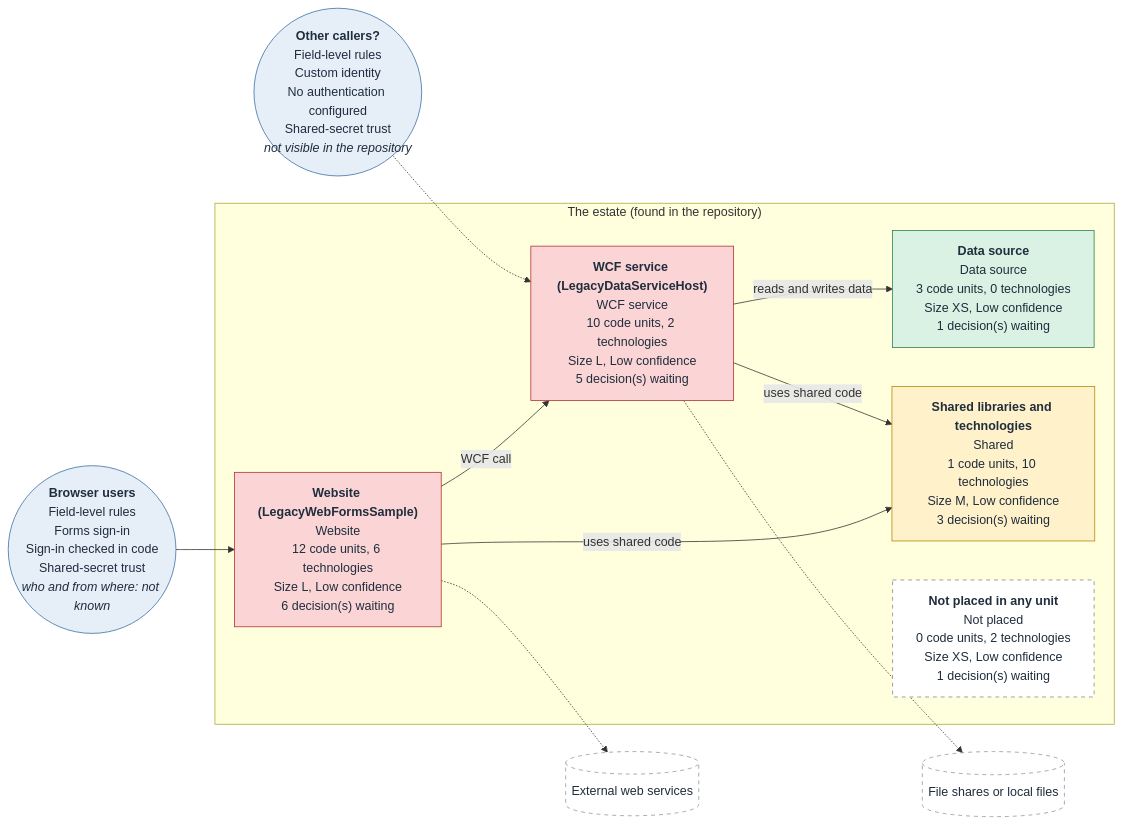
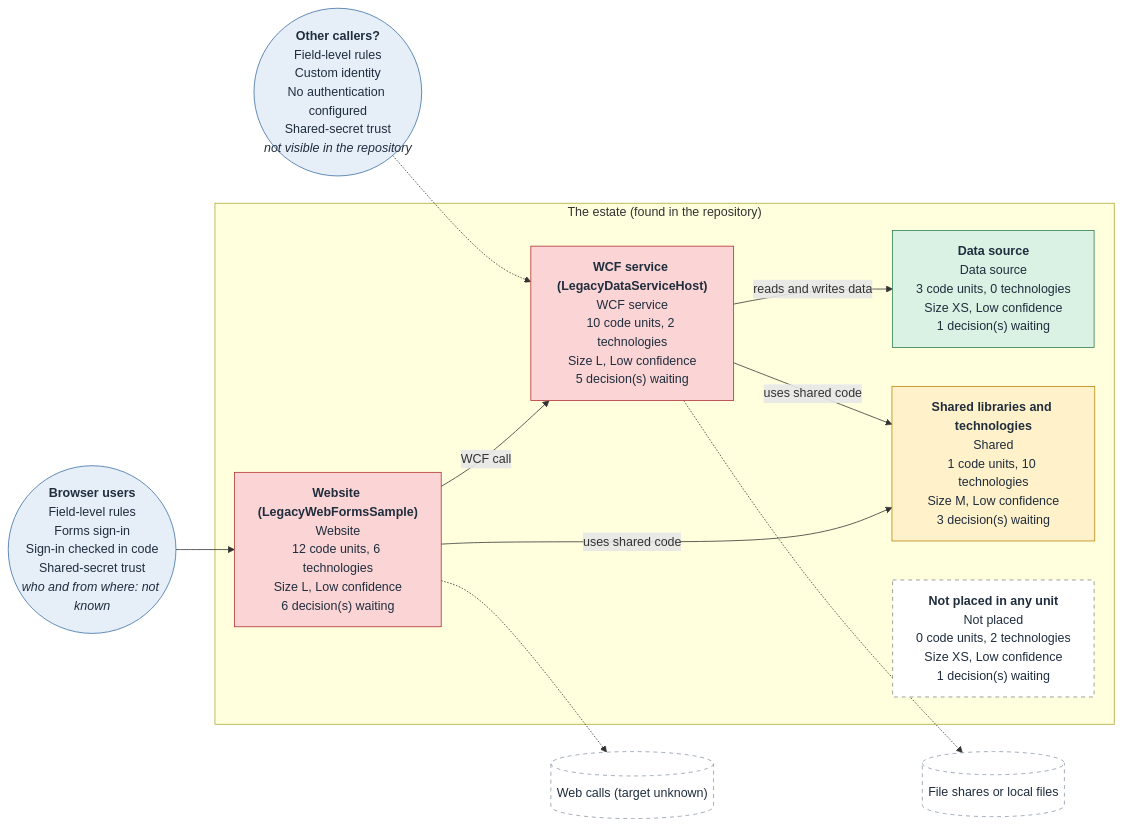
The diagram in docs/examples/legacy-webforms-migration/architecture-overview.mmd (dotnet-modernisation-lab/legacy-dotnet-modernisation-agent), drawn with Mermaid before and after one commit. The commit also changed 17 other files, not shown here.

Commit message:
Customer summary key journeys, contents list, wsdl-check; correct the web-calls label; refresh examples (architecture.docx pending, file in use)

```diff
--- a/docs/examples/legacy-webforms-migration/architecture-overview.mmd
+++ b/docs/examples/legacy-webforms-migration/architecture-overview.mmd
@@ -1,26 +1,26 @@
 flowchart LR
     u0(("<b>Other callers?</b><br/>Field-level rules<br/>Custom identity<br/>No authentication configured<br/>Shared-secret trust<br/><i>not visible in the repository</i>")):::person
     u0 -.-> a2
     u1(("<b>Browser users</b><br/>Field-level rules<br/>Forms sign-in<br/>Sign-in checked in code<br/>Shared-secret trust<br/><i>who and from where: not known</i>")):::person
     u1 --> a3
     subgraph Estate["The estate (found in the repository)"]
         a0["<b>Data source</b><br/>Data source<br/>3 code units, 0 technologies<br/>Size XS, Low confidence<br/>1 decision(s) waiting"]:::small
         a1["<b>Shared libraries and technologies</b><br/>Shared<br/>1 code units, 10 technologies<br/>Size M, Low confidence<br/>3 decision(s) waiting"]:::medium
         a2["<b>WCF service (LegacyDataServiceHost)</b><br/>WCF service<br/>10 code units, 2 technologies<br/>Size L, Low confidence<br/>5 decision(s) waiting"]:::large
         a3["<b>Website (LegacyWebFormsSample)</b><br/>Website<br/>12 code units, 6 technologies<br/>Size L, Low confidence<br/>6 decision(s) waiting"]:::large
         a4["<b>Not placed in any unit</b><br/>Not placed<br/>0 code units, 2 technologies<br/>Size XS, Low confidence<br/>1 decision(s) waiting"]:::notplaced
     end
     a2 -->|reads and writes data| a0
     a2 -->|uses shared code| a1
     a3 -->|uses shared code| a1
     a3 -->|WCF call| a2
-    e0[("External web services")]:::external
+    e0[("Web calls (target unknown)")]:::external
     a3 -.-> e0
     e1[("File shares or local files")]:::external
     a2 -.-> e1
     classDef small fill:#d9f2e3,stroke:#2e7d4f,color:#1f2d3d
     classDef medium fill:#fff1c9,stroke:#b8860b,color:#1f2d3d
     classDef large fill:#fbd5d5,stroke:#b03030,color:#1f2d3d
     classDef notplaced fill:#ffffff,stroke:#888888,stroke-dasharray: 5 5,color:#1f2d3d
     classDef person fill:#e6eef8,stroke:#3b6ea5,color:#1f2d3d
     classDef external fill:#ffffff,stroke:#8a96a6,stroke-dasharray: 5 5,color:#1f2d3d
```
